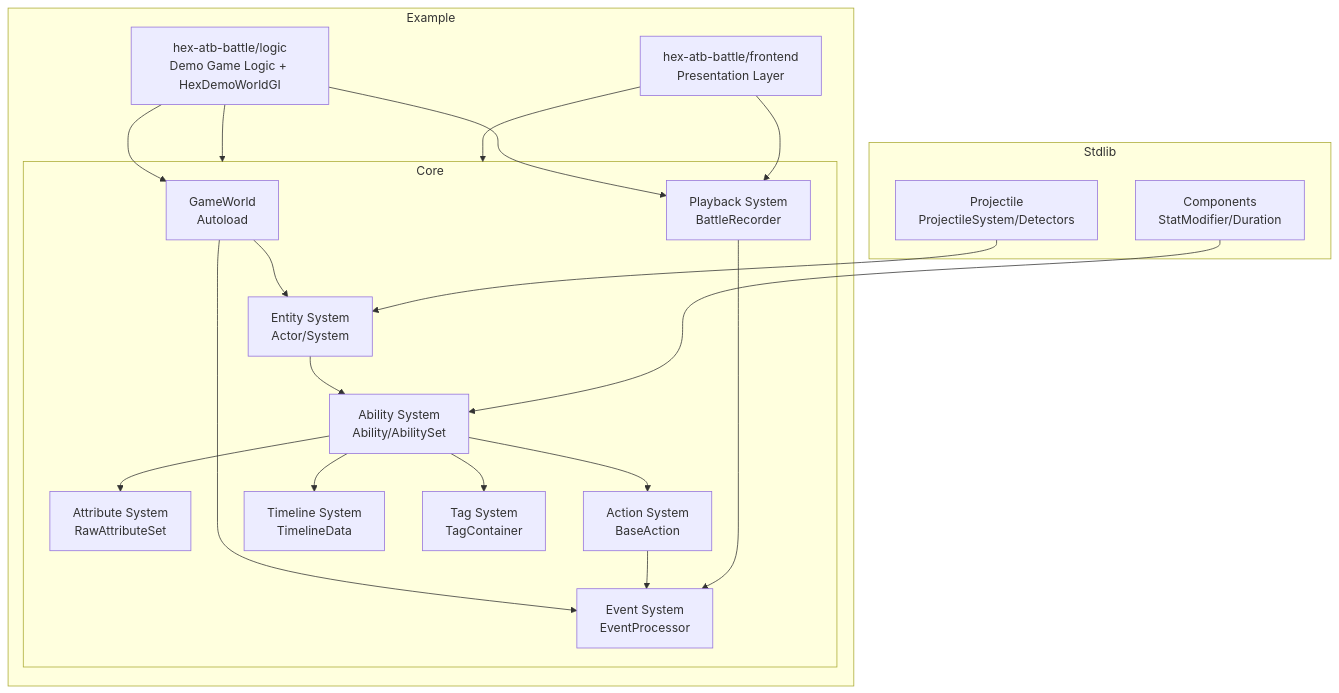
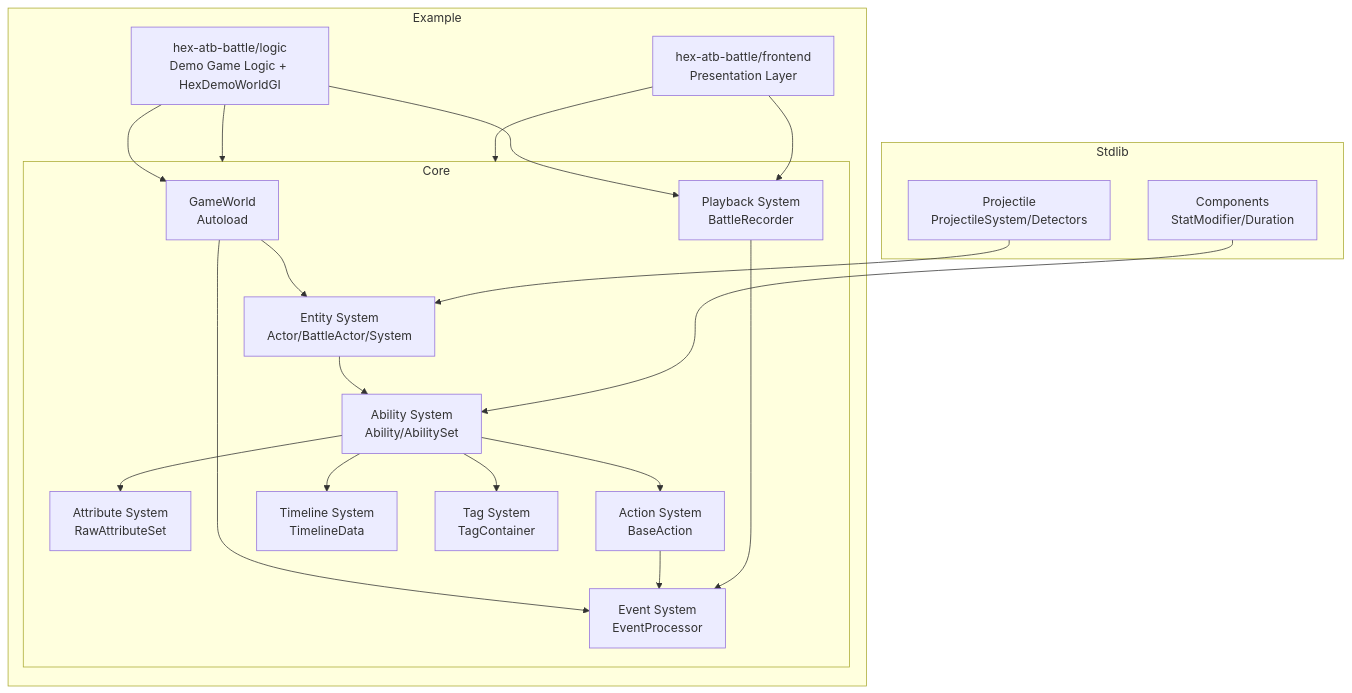
One commit to 15195999826/godot-addons changed the diagram in logic-game-framework/CLAUDE.md. Above: the diagram before and after it, drawn with Mermaid. The commit also changed 42 other files, not shown here.

````diff
--- a/logic-game-framework/CLAUDE.md
+++ b/logic-game-framework/CLAUDE.md
@@ -11,42 +11,42 @@
 ```mermaid
 graph TB
     subgraph "Core"
         World[GameWorld<br/>Autoload]
-        Entity[Entity System<br/>Actor/System]
+        Entity[Entity System<br/>Actor/BattleActor/System]
         Attributes[Attribute System<br/>RawAttributeSet]
         Abilities[Ability System<br/>Ability/AbilitySet]
         Events[Event System<br/>EventProcessor]
         Actions[Action System<br/>BaseAction]
         Timeline[Timeline System<br/>TimelineData]
         Tags[Tag System<br/>TagContainer]
         Playback[Playback System<br/>BattleRecorder]
     end
 
     subgraph "Stdlib"
         Components[Components<br/>StatModifier/Duration]
         Projectile[Projectile<br/>ProjectileSystem/Detectors]
     end
 
     subgraph "Example"
         Core[hex-atb-battle/core<br/>Shared Events + WorldGI base]
         HexDemo[hex-atb-battle/logic<br/>Demo Game Logic + HexDemoWorldGI]
         Frontend[hex-atb-battle/frontend<br/>Presentation Layer]
     end
 
     World --> Entity
     World --> Events
     Entity --> Abilities
     Abilities --> Attributes
     Abilities --> Tags
     Abilities --> Actions
     Abilities --> Timeline
     Actions --> Events
     Components --> Abilities
     Projectile --> Entity
     Playback --> Events
     HexDemo --> World
     HexDemo --> Core
     HexDemo --> Playback
     Frontend --> Core
     Frontend --> Playback
 ```
````
